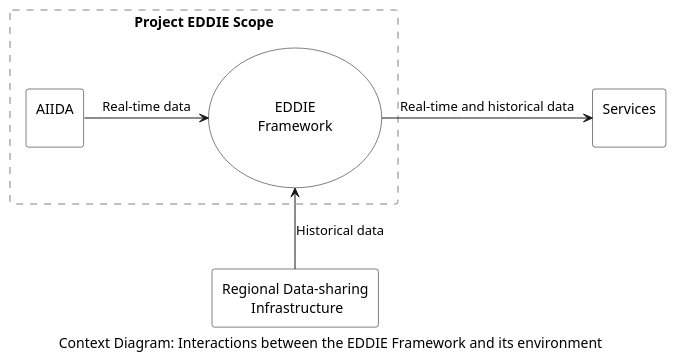
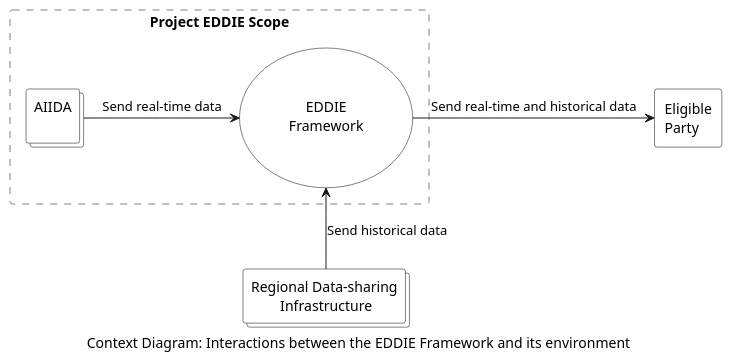
One commit to eddie-energy/architecture changed the diagram in arc42/03-context-and-scope/figures/context-diagram.puml. Above: the diagram before and after it, drawn with PlantUML. The commit also changed 1 other file, not shown here.

Commit message:
update the context diagram  #47

```diff
--- a/arc42/03-context-and-scope/figures/context-diagram.puml
+++ b/arc42/03-context-and-scope/figures/context-diagram.puml
@@ -1,31 +1,35 @@
 @startuml context-diagram
 'context diagram
 caption Context Diagram: Interactions between the EDDIE Framework and its environment
 
 ' skinparam linetype ortho
 skinparam usecase {
   BorderColor black
   BackgroundColor transparent
 }
 skinparam rectangle {
   BorderColor black
   BackgroundColor transparent
 }
+skinparam collections {
+  BorderColor black
+  BackgroundColor white
+}
 
 rectangle "Project EDDIE Scope" #line:Gray;line.dashed {
 
   usecase "\n\nEDDIE\nFramework\n\n" as eddie
   ' #52cbff
-  rectangle "AIIDA\n" as aiida
+  collections "AIIDA\n" as aiida
   ' #ffbd38
 }
-rectangle "Regional Data-sharing\n\tInfrastructure" as energy
+collections "Regional Data-sharing\n\tInfrastructure" as energy
 ' #7aff83
-rectangle "Services\n" as services
+rectangle "Eligible\nParty" as services
 ' #ff52ab
 
-aiida -right-> eddie :Real-time data
-energy -up-> eddie :Historical data
-eddie -right-> services :Real-time and historical data
+aiida -right-> eddie : Send real-time data
+energy -up-> eddie : Send historical data
+eddie -right-> services : Send real-time and historical data
 
 @enduml
```
